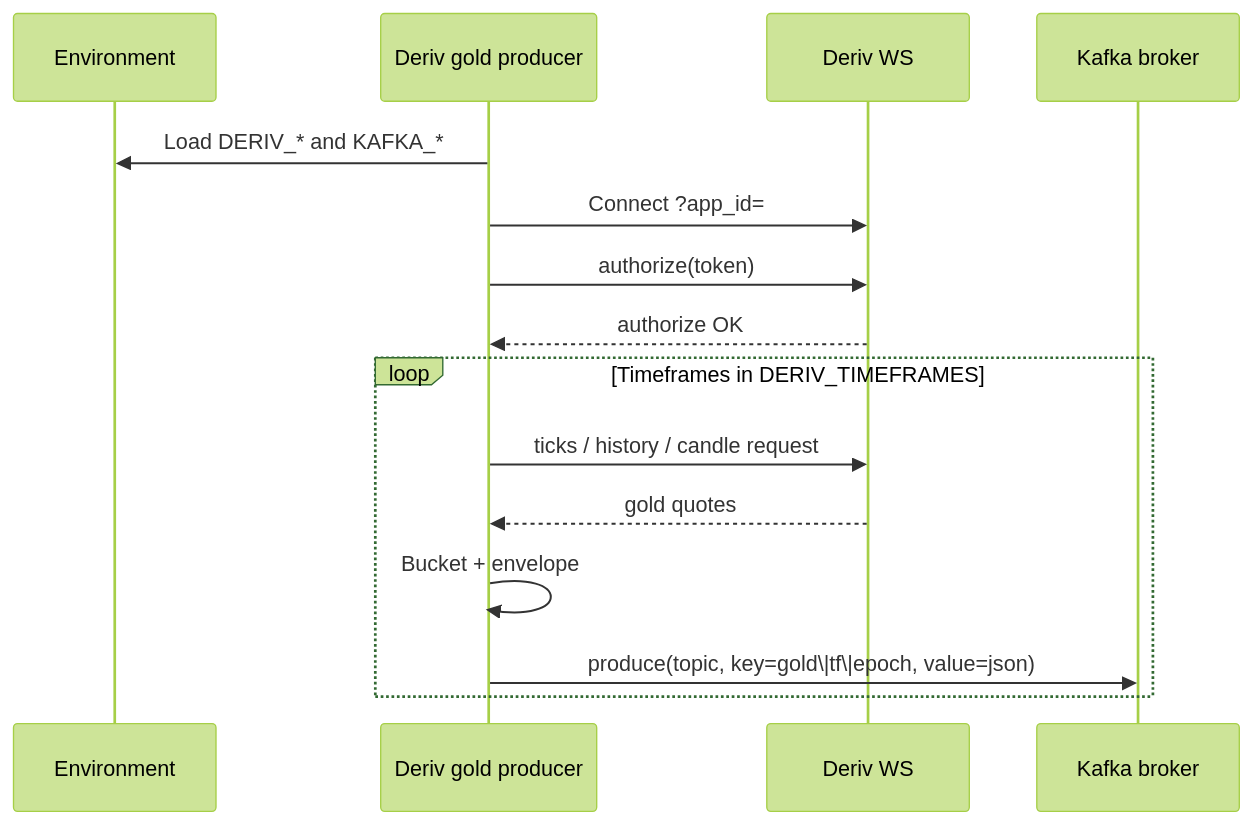
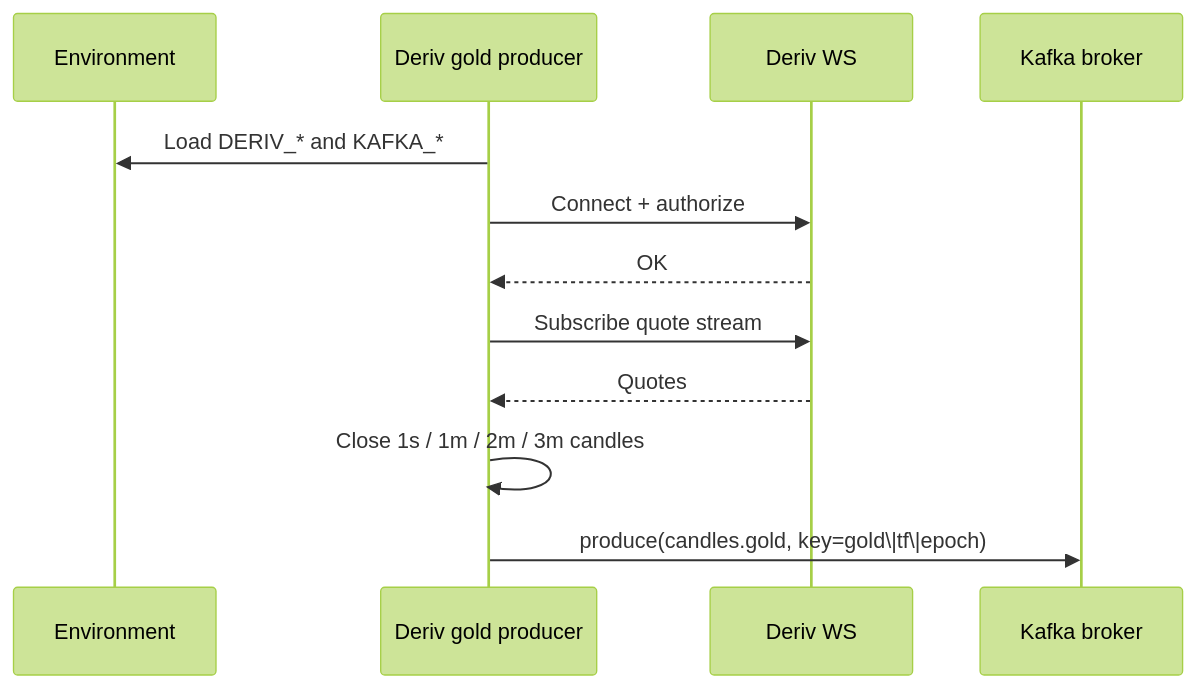
Before and after one commit to shehan-jayasinghe/ai_trading_bots: the second of 3 diagrams in docs/architecture/deriv/producer/deriv-gold-kafka.md, drawn with Mermaid (forest theme). The commit also changed other lines of this file and 18 other files, not shown here.

Commit message:
add Binance and Deriv Kafka producers: implement workers, Kafka publisher, FastAPI backend, and example environment configuration

````diff
--- a/docs/architecture/deriv/producer/deriv-gold-kafka.md
+++ b/docs/architecture/deriv/producer/deriv-gold-kafka.md
@@ -92,18 +62,15 @@
 ```mermaid
 sequenceDiagram
   participant Env as Environment
   participant P as Deriv gold producer
   participant D as Deriv WS
   participant Kafka as Kafka broker
 
   P->>Env: Load DERIV_* and KAFKA_*
-  P->>D: Connect ?app_id=
-  P->>D: authorize(token)
-  D-->>P: authorize OK
-  loop Timeframes in DERIV_TIMEFRAMES
-    P->>D: ticks / history / candle request
-    D-->>P: gold quotes
-    P->>P: Bucket + envelope
-    P->>Kafka: produce(topic, key=gold\|tf\|epoch, value=json)
-  end
+  P->>D: Connect + authorize
+  D-->>P: OK
+  P->>D: Subscribe quote stream
+  D-->>P: Quotes
+  P->>P: Close 1s / 1m / 2m / 3m candles
+  P->>Kafka: produce(candles.gold, key=gold\|tf\|epoch)
 ```
````
